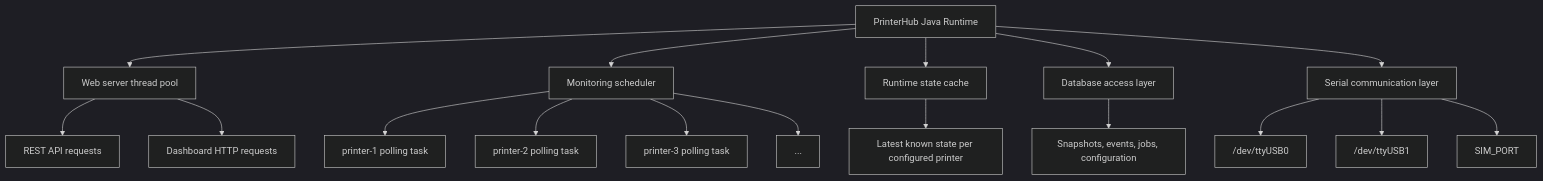
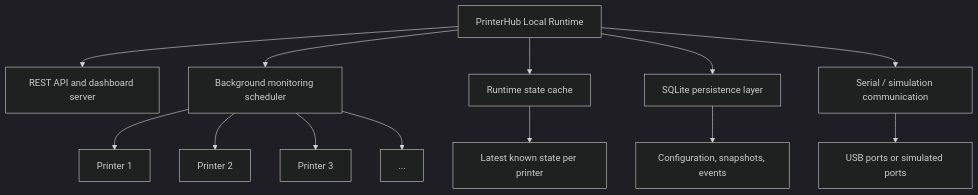
Before and after one commit to nathabee/printer-hub: the first of 3 diagrams in README.md, drawn with Mermaid (dark theme). The commit also changed other lines of this file and 7 other files, not shown here.

````diff
--- a/README.md
+++ b/README.md
@@ -74,26 +60,19 @@
 ```mermaid
 flowchart TB
-    runtime["PrinterHub Java Runtime"]
+    runtime["PrinterHub Local Runtime"]
 
-    runtime --> web["Web server thread pool"]
-    web --> api["REST API requests"]
-    web --> dashboard["Dashboard HTTP requests"]
+    runtime --> api["REST API and dashboard server"]
+    runtime --> monitor["Background monitoring scheduler"]
+    runtime --> cache["Runtime state cache"]
+    runtime --> persistence["SQLite persistence layer"]
+    runtime --> serial["Serial / simulation communication"]
 
-    runtime --> scheduler["Monitoring scheduler"]
-    scheduler --> task1["printer-1 polling task"]
-    scheduler --> task2["printer-2 polling task"]
-    scheduler --> task3["printer-3 polling task"]
-    scheduler --> taskN["..."]
+    monitor --> p1["Printer 1"]
+    monitor --> p2["Printer 2"]
+    monitor --> p3["Printer 3"]
+    monitor --> px["..."]
 
-    runtime --> cache["Runtime state cache"]
-    cache --> latest["Latest known state per configured printer"]
-
-    runtime --> database["Database access layer"]
-    database --> persisted["Snapshots, events, jobs, configuration"]
-
-    runtime --> serial["Serial communication layer"]
-    serial --> usb0["/dev/ttyUSB0"]
-    serial --> usb1["/dev/ttyUSB1"]
-    serial --> sim["SIM_PORT"]
-
+    cache --> latest["Latest known state per printer"]
+    persistence --> data["Configuration, snapshots, events"]
+    serial --> ports["USB ports or simulated ports"]
 ```
````
